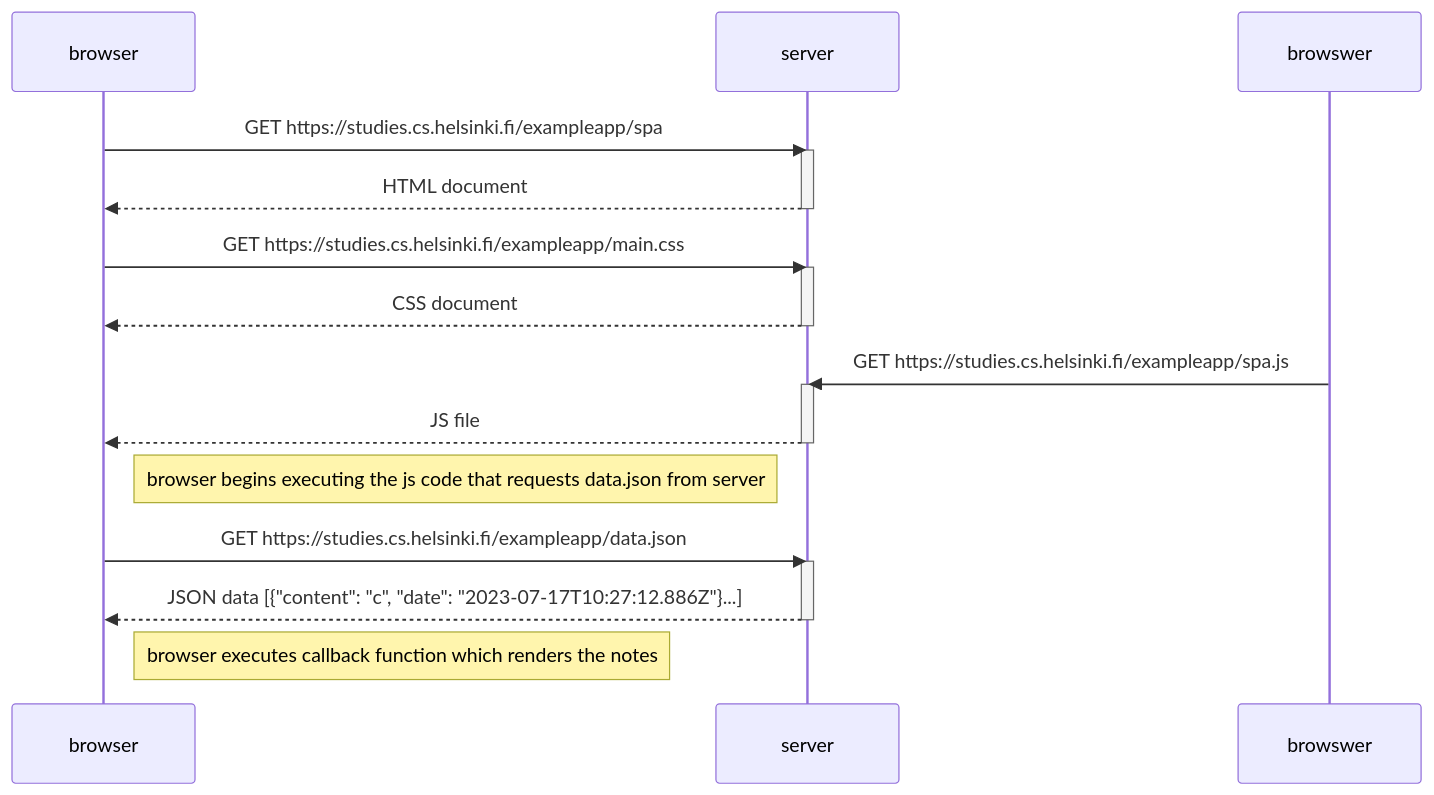
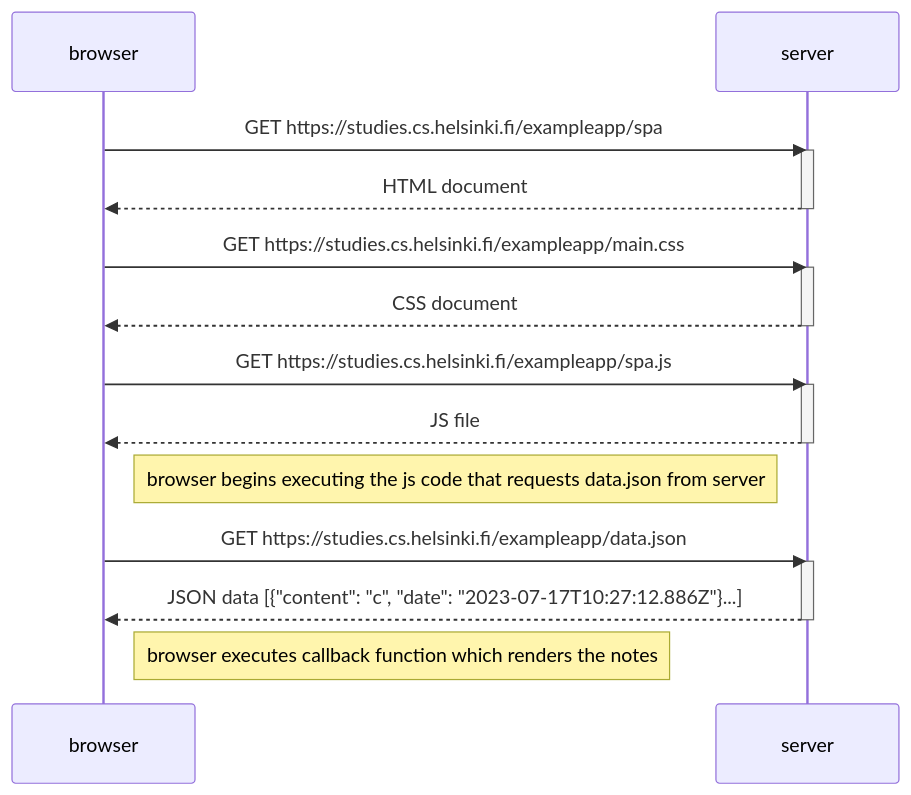
Before and after one commit to WMCS50/fso-part0: the diagram in 0.5-new-note-diagram.md, drawn with Mermaid.

````diff
--- a/0.5-new-note-diagram.md
+++ b/0.5-new-note-diagram.md
@@ -1,28 +1,28 @@
 ```mermaid
     sequenceDiagram
         participant browser
         participant server
 
         browser->>server: GET https://studies.cs.helsinki.fi/exampleapp/spa
         activate server
         server-->>browser: HTML document
         deactivate server
 
         browser->>server: GET https://studies.cs.helsinki.fi/exampleapp/main.css
         activate server
         server-->>browser: CSS document
         deactivate server
 
-        browswer->>server: GET https://studies.cs.helsinki.fi/exampleapp/spa.js
+        browser->>server: GET https://studies.cs.helsinki.fi/exampleapp/spa.js
         activate server
         server-->>browser: JS file
         deactivate server
 
         Note right of browser: browser begins executing the js code that requests data.json from server
 
         browser->>server: GET https://studies.cs.helsinki.fi/exampleapp/data.json
         activate server
         server-->>browser: JSON data [{"content": "c", "date": "2023-07-17T10:27:12.886Z"}...]
         deactivate server
         Note right of browser: browser executes callback function which renders the notes
 ```
````
